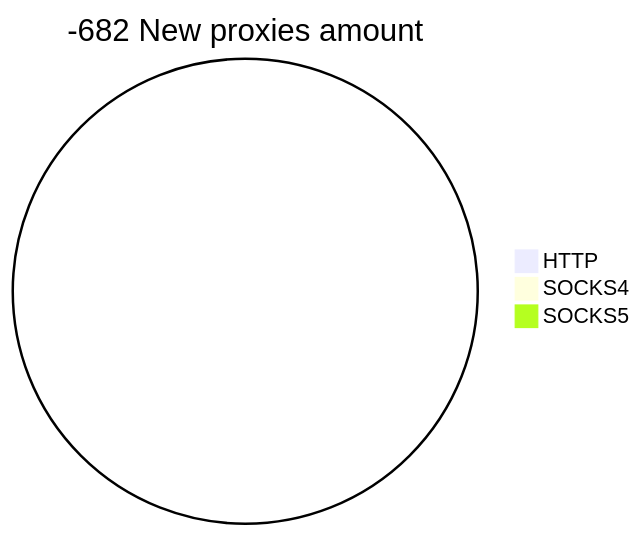
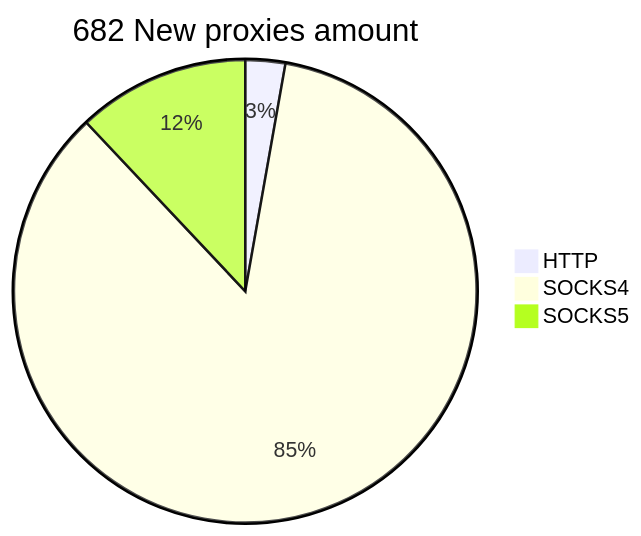
One commit to cutipu/proxylist changed the second of 2 diagrams in README.md. Above: the diagram before and after it, drawn with Mermaid. The commit also changed other lines of this file, not shown here.

````diff
--- a/README.md
+++ b/README.md
@@ -10,6 +10,6 @@
 ```mermaid
-pie title -682 New proxies amount
-    "HTTP" : 0
-    "SOCKS4" : 0
-    "SOCKS5" : 0
+pie title 682 New proxies amount
+    "HTTP" : 19
+    "SOCKS4" : 581
+    "SOCKS5" : 82
 ```
````
